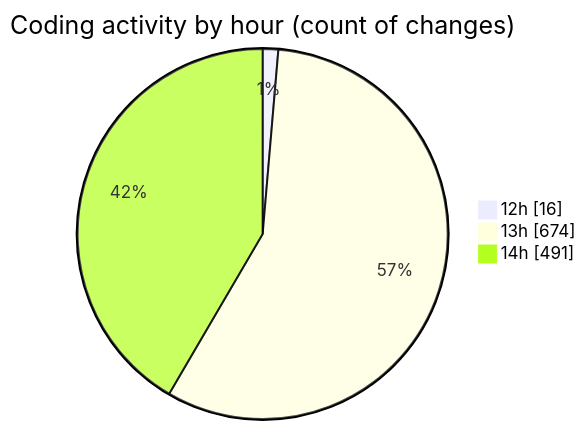
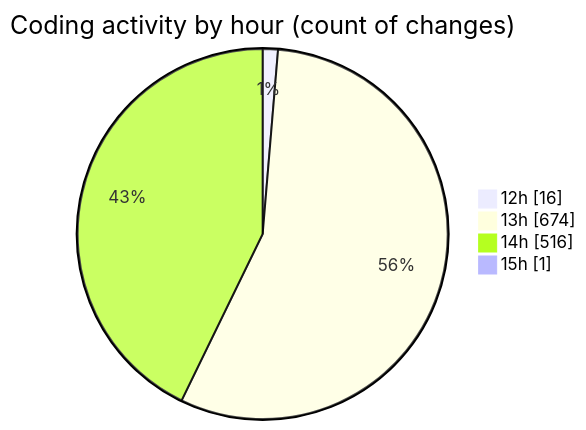
One commit to vahidmafi/code-tracking changed the second of 2 diagrams in 2025-09-16/www/README.md. Above: the diagram before and after it, drawn with Mermaid. The commit also changed other lines of this file and 1 other file, not shown here.

````diff
--- a/2025-09-16/www/README.md
+++ b/2025-09-16/www/README.md
@@ -584,7 +597,8 @@
 ```mermaid
 pie showData
 title Coding activity by hour (count of changes)
 "12h" : 16
 "13h" : 674
-"14h" : 491
+"14h" : 516
+"15h" : 1
 ```
````
